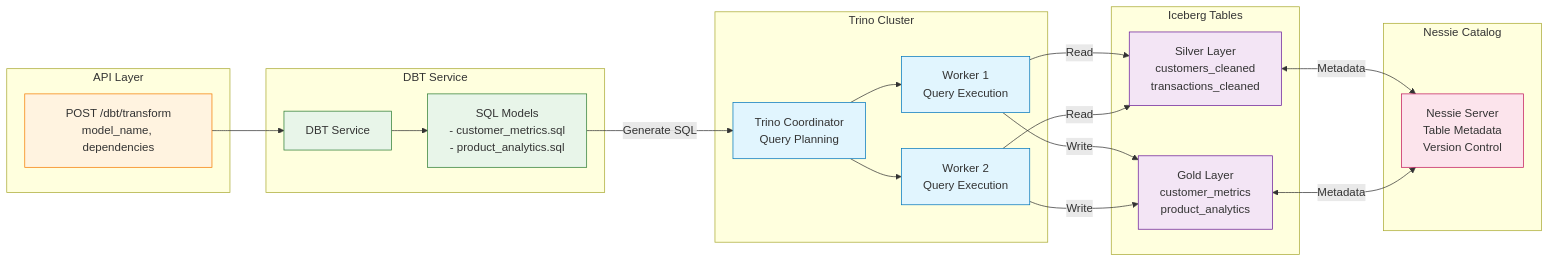
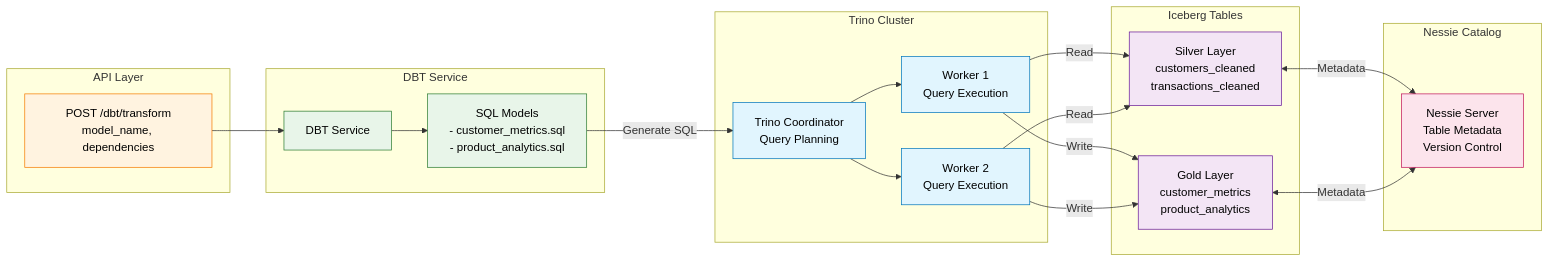
The sixth of 19 diagrams in docs/COMPLETE_ARCHITECTURE.md (snowcell-cloud/asgard), drawn with Mermaid before and after one commit. The commit also changed other lines of this file, not shown here.

Commit message:
fix: Update mermaid class definitions for consistent color styling in COMPLETE_ARCHITECTURE.md

````diff
--- a/docs/COMPLETE_ARCHITECTURE.md
+++ b/docs/COMPLETE_ARCHITECTURE.md
@@ -514,51 +514,51 @@
 ```mermaid
 flowchart LR
     subgraph API["API Layer"]
         Request["POST /dbt/transform\nmodel_name, dependencies"]
     end
 
     subgraph DBT["DBT Service"]
         Service["DBT Service"]
         Models["SQL Models\n- customer_metrics.sql\n- product_analytics.sql"]
     end
 
     subgraph Trino["Trino Cluster"]
         Coordinator["Trino Coordinator\nQuery Planning"]
         Worker1["Worker 1\nQuery Execution"]
         Worker2["Worker 2\nQuery Execution"]
     end
 
     subgraph Iceberg["Iceberg Tables"]
         Silver["Silver Layer\ncustomers_cleaned\ntransactions_cleaned"]
         Gold["Gold Layer\ncustomer_metrics\nproduct_analytics"]
     end
 
     subgraph Catalog["Nessie Catalog"]
         Nessie["Nessie Server\nTable Metadata\nVersion Control"]
     end
 
     Request --> Service
     Service --> Models
     Models -->|"Generate SQL"| Coordinator
     Coordinator --> Worker1
     Coordinator --> Worker2
     Worker1 -->|"Read"| Silver
     Worker2 -->|"Read"| Silver
     Worker1 -->|"Write"| Gold
     Worker2 -->|"Write"| Gold
 
     Silver <-->|"Metadata"| Nessie
     Gold <-->|"Metadata"| Nessie
 
-    classDef apiStyle fill:#fff3e0,stroke:#f57c00
-    classDef dbtStyle fill:#e8f5e9,stroke:#2e7d32
-    classDef trinoStyle fill:#e1f5fe,stroke:#0277bd
-    classDef dataStyle fill:#f3e5f5,stroke:#6a1b9a
-    classDef catalogStyle fill:#fce4ec,stroke:#c2185b
+    classDef apiStyle fill:#fff3e0,stroke:#f57c00,color:#000
+    classDef dbtStyle fill:#e8f5e9,stroke:#2e7d32,color:#000
+    classDef trinoStyle fill:#e1f5fe,stroke:#0277bd,color:#000
+    classDef dataStyle fill:#f3e5f5,stroke:#6a1b9a,color:#000
+    classDef catalogStyle fill:#fce4ec,stroke:#c2185b,color:#000
 
     class Request apiStyle
     class Service,Models dbtStyle
     class Coordinator,Worker1,Worker2 trinoStyle
     class Silver,Gold dataStyle
     class Nessie catalogStyle
 ```
````
